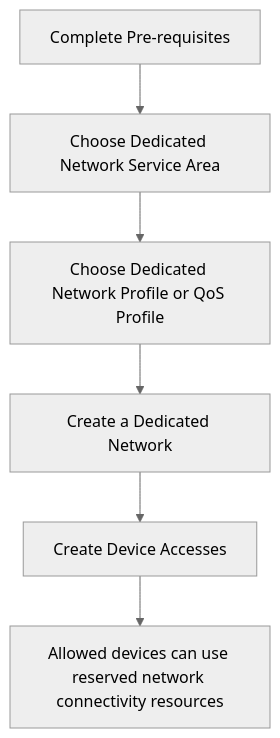
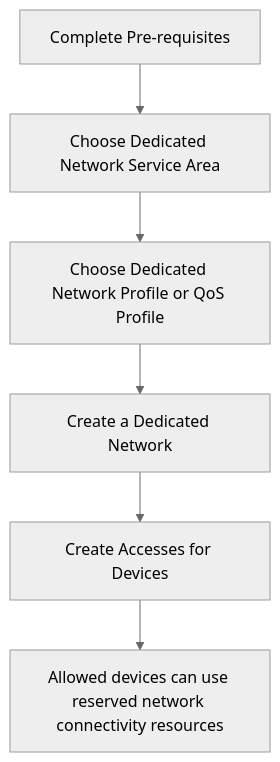
Before and after one commit to camaraproject/DedicatedNetworks: the first of 4 diagrams in documentation/API_documentation/DedicatedNetworks_GeneralDescription.md, drawn with Mermaid (neutral theme). The commit also changed other lines of this file and 1 other file, not shown here.

Commit message:
Support operations to manage access to dedicated network for multiple devices at a time

````diff
--- a/documentation/API_documentation/DedicatedNetworks_GeneralDescription.md
+++ b/documentation/API_documentation/DedicatedNetworks_GeneralDescription.md
@@ -60,14 +60,14 @@
 ```mermaid
     graph TD
     0[Complete Pre-requisites]
     1[Choose Dedicated Network Service Area]
     A[Choose Dedicated Network Profile or QoS Profile]
     B[Create a Dedicated Network]
-    C[Create Device Accesses]
+    C[Create Accesses for Devices]
     D[Allowed devices can use reserved network connectivity resources]
     0 --> 1
     1 --> A
     A --> B
     B --> C
     C --> D
 ```
````
